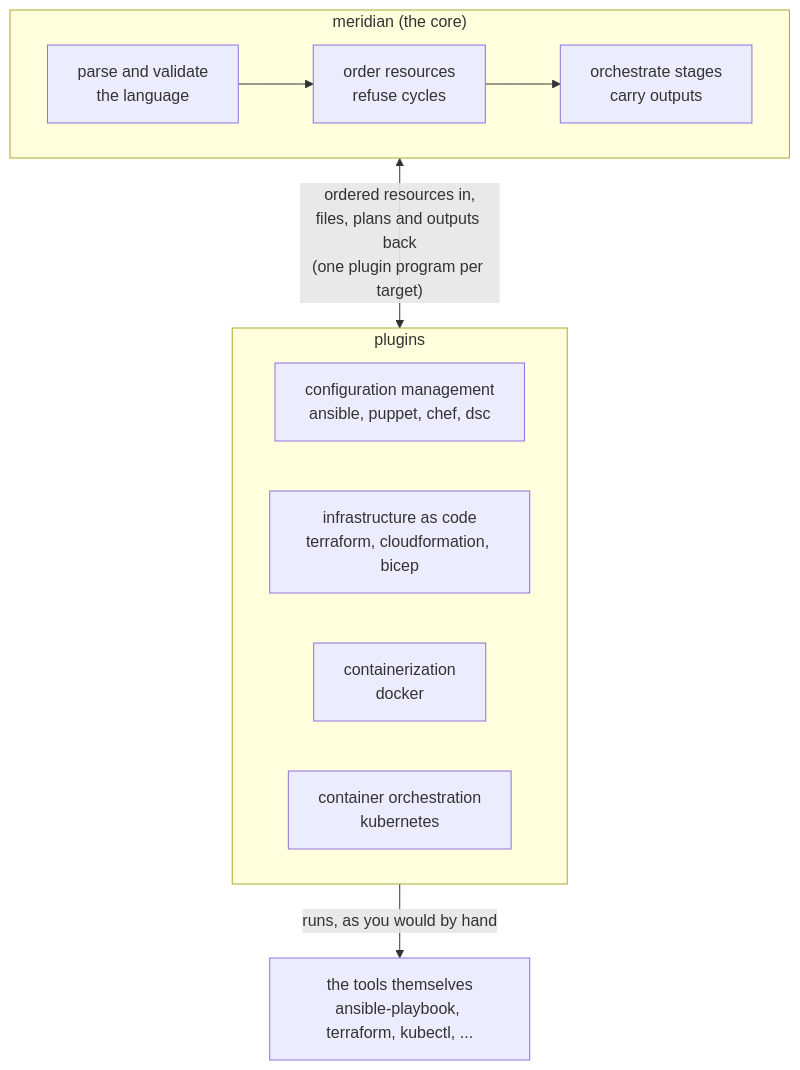
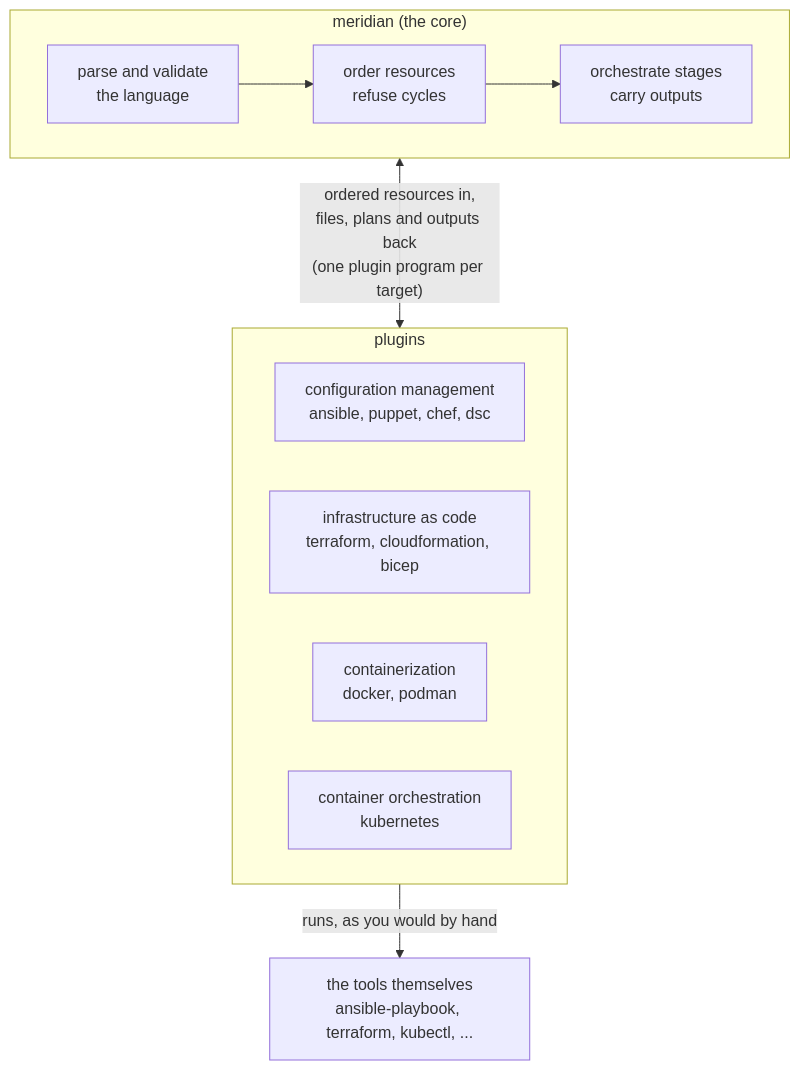
The second of 3 diagrams in docs/reference/dsl/how-it-fits-together.md (Gorkem-Taha/meridian-core), drawn with Mermaid before and after one commit. The commit also changed other lines of this file and 18 other files, not shown here.

````diff
--- a/docs/reference/dsl/how-it-fits-together.md
+++ b/docs/reference/dsl/how-it-fits-together.md
@@ -22,16 +22,16 @@
 ```mermaid
 flowchart TB
     subgraph CORE["meridian (the core)"]
         direction LR
         PARSE["parse and validate<br/>the language"] --> GRAPH["order resources<br/>refuse cycles"] --> ORCH["orchestrate stages<br/>carry outputs"]
     end
     ORCH <-->|"ordered resources in,<br/>files, plans and outputs back<br/>(one plugin program per target)"| PLUG
     subgraph PLUG["plugins"]
         direction LR
         CM["configuration management<br/>ansible, puppet, chef, dsc"]
         IAC["infrastructure as code<br/>terraform, cloudformation, bicep"]
-        CON["containerization<br/>docker"]
+        CON["containerization<br/>docker, podman"]
         ORC["container orchestration<br/>kubernetes"]
     end
     PLUG -->|"runs, as you would by hand"| TOOLS["the tools themselves<br/>ansible-playbook, terraform, kubectl, ..."]
 ```
````
